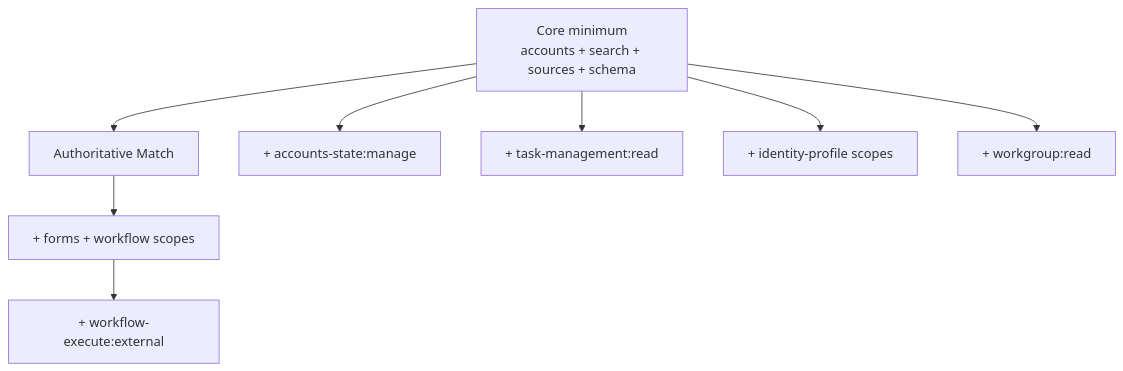
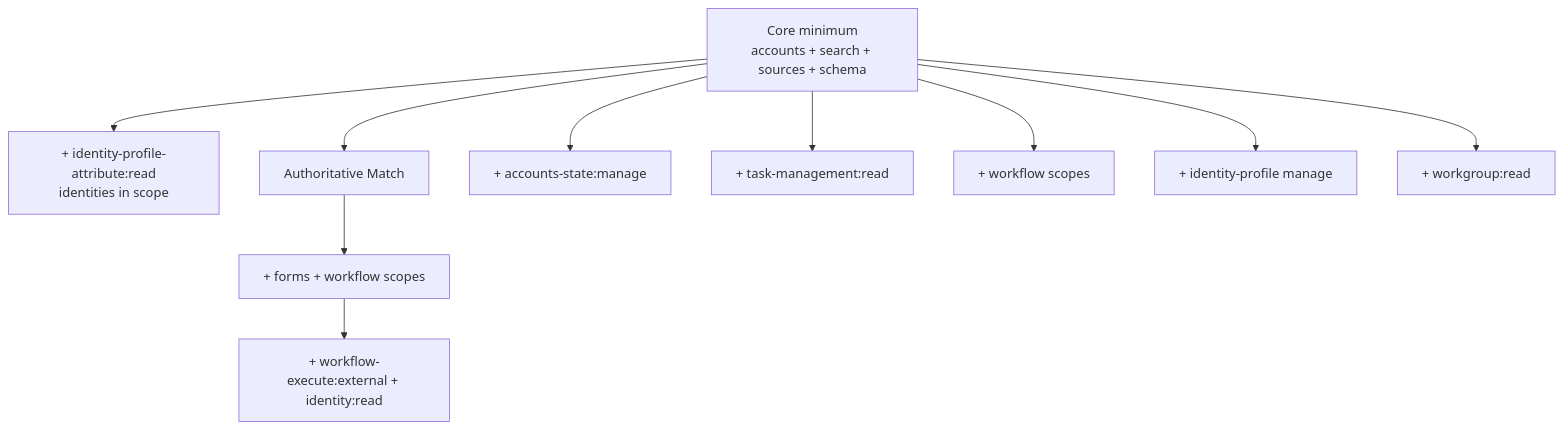
The diagram in docs/reference/pat-scopes.md (fernando-delosrios-sp/colab-saas-conn-sailpoint-identity-fusion), drawn with Mermaid before and after one commit. The commit also changed other lines of this file and 4 other files, not shown here.

````diff
--- a/docs/reference/pat-scopes.md
+++ b/docs/reference/pat-scopes.md
@@ -69,11 +77,13 @@
 ```mermaid
 flowchart TD
     BASE[Core minimum<br/>accounts + search + sources + schema]
+    BASE --> IDATTR[+ identity-profile-attribute:read<br/>identities in scope]
     BASE --> AUTH[Authoritative Match]
     AUTH --> FORMS[+ forms + workflow scopes]
-    FORMS --> EMAIL[+ workflow-execute:external]
-    BASE --> DELAY[+ accounts-state:manage]
+    FORMS --> EMAIL[+ workflow-execute:external + identity:read]
+    BASE --> ORPHAN[+ accounts-state:manage]
     BASE --> BEFORE[+ task-management:read]
-    BASE --> REV[+ identity-profile scopes]
+    BASE --> DELAY[+ workflow scopes]
+    BASE --> REV[+ identity-profile manage]
     BASE --> WG[+ workgroup:read]
 ```
````
